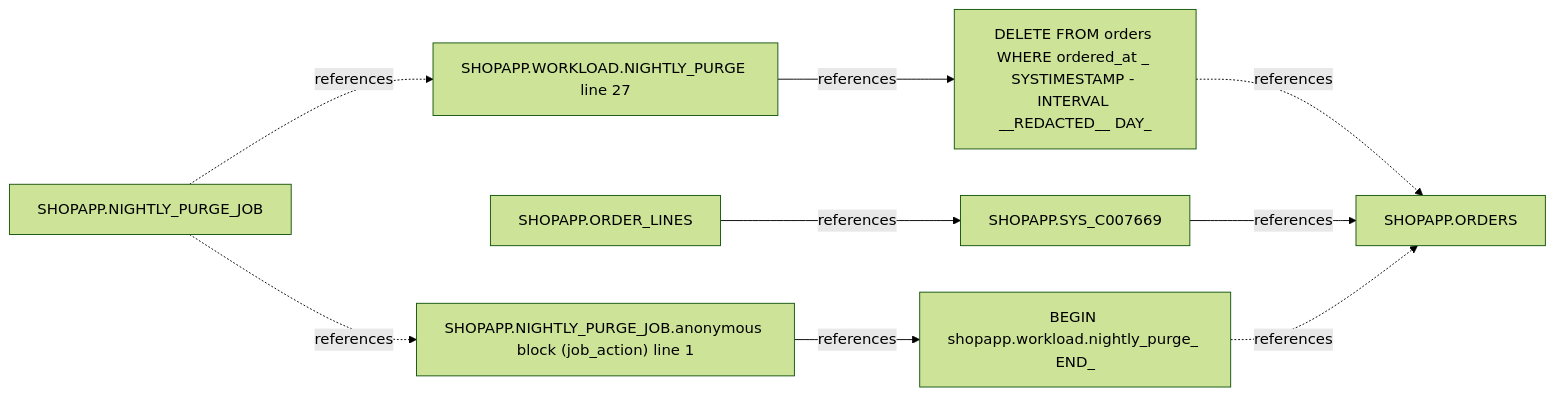
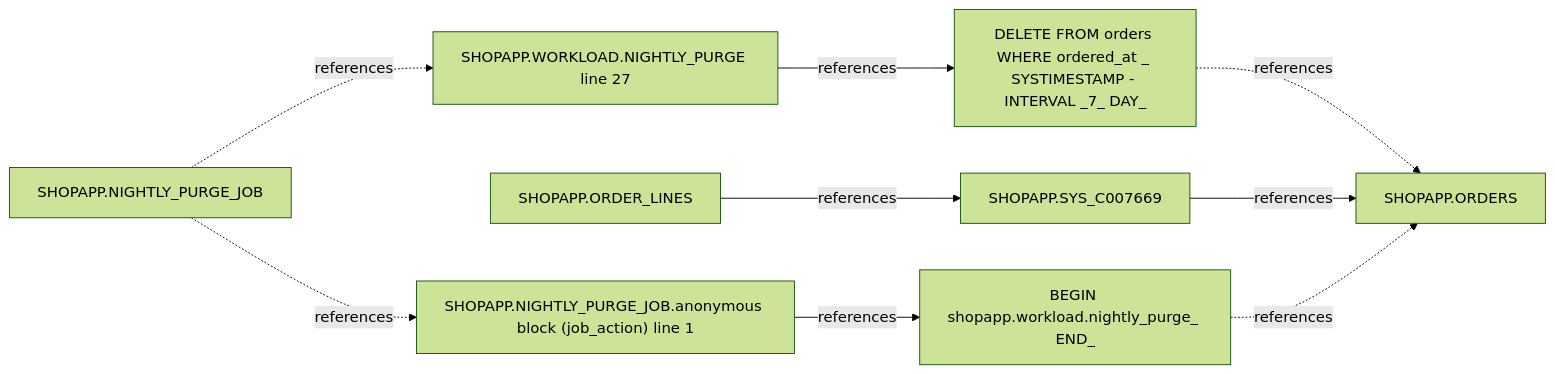
The diagram in docs/triage-nightly-purge.md (rammsguns/OracleDBPiAgent), drawn with Mermaid (forest theme) before and after one commit. The commit also changed other lines of this file and 3 other files, not shown here.

````diff
--- a/docs/triage-nightly-purge.md
+++ b/docs/triage-nightly-purge.md
@@ -188,19 +236,19 @@
 ```mermaid
 flowchart LR
   n0["SHOPAPP.WORKLOAD.NIGHTLY_PURGE line 27"]
-  n1["DELETE FROM orders WHERE ordered_at _ SYSTIMESTAMP - INTERVAL __REDACTED__ DAY_"]
+  n1["DELETE FROM orders WHERE ordered_at _ SYSTIMESTAMP - INTERVAL _7_ DAY_"]
   n2["SHOPAPP.NIGHTLY_PURGE_JOB"]
   n3["SHOPAPP.ORDER_LINES"]
   n4["SHOPAPP.SYS_C007669"]
   n5["SHOPAPP.ORDERS"]
   n6["SHOPAPP.NIGHTLY_PURGE_JOB.anonymous block (job_action) line 1"]
   n7["BEGIN shopapp.workload.nightly_purge_ END_"]
   n0 -->|references| n1
   n2 -.->|references| n0
   n3 -->|references| n4
   n1 -.->|references| n5
   n4 -->|references| n5
   n6 -->|references| n7
   n2 -.->|references| n6
   n7 -.->|references| n5
 ```
````
